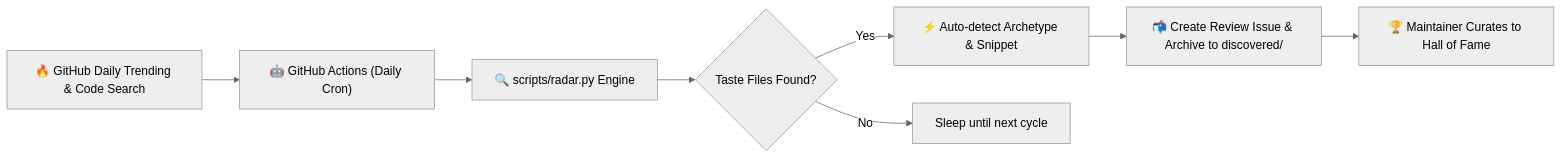
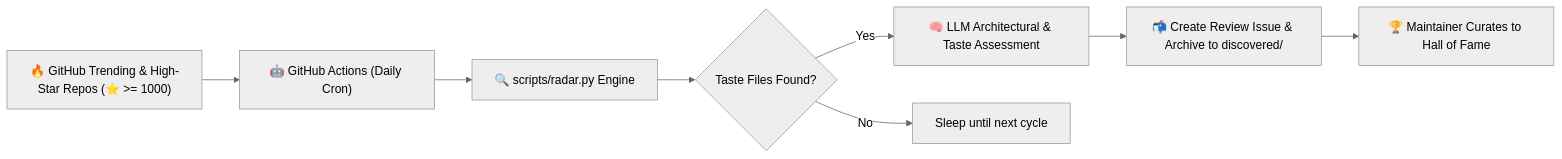
Before and after one commit to joe1chief/taste-your-taste: the first of 2 diagrams in README.md, drawn with Mermaid (neutral theme). The commit also changed other lines of this file and 9 other files, not shown here.

Commit message:
refactor: pure English project with LLM-driven taste analysis & roasting (inspired by AI Research Radar)

````diff
--- a/README.md
+++ b/README.md
@@ -140,10 +138,10 @@
 ```mermaid
 flowchart LR
-    A["🔥 GitHub Daily Trending & Code Search"] --> B["🤖 GitHub Actions (Daily Cron)"]
+    A["🔥 GitHub Trending & High-Star Repos (⭐️ >= 1000)"] --> B["🤖 GitHub Actions (Daily Cron)"]
     B --> C["🔍 scripts/radar.py Engine"]
     C --> D{"Taste Files Found?"}
-    D -- Yes --> E["⚡ Auto-detect Archetype & Snippet"]
+    D -- Yes --> E["🧠 LLM Architectural & Taste Assessment"]
     E --> F["📬 Create Review Issue & Archive to discovered/"]
     F --> G["🏆 Maintainer Curates to Hall of Fame"]
     D -- No --> H["Sleep until next cycle"]
 ```
````
